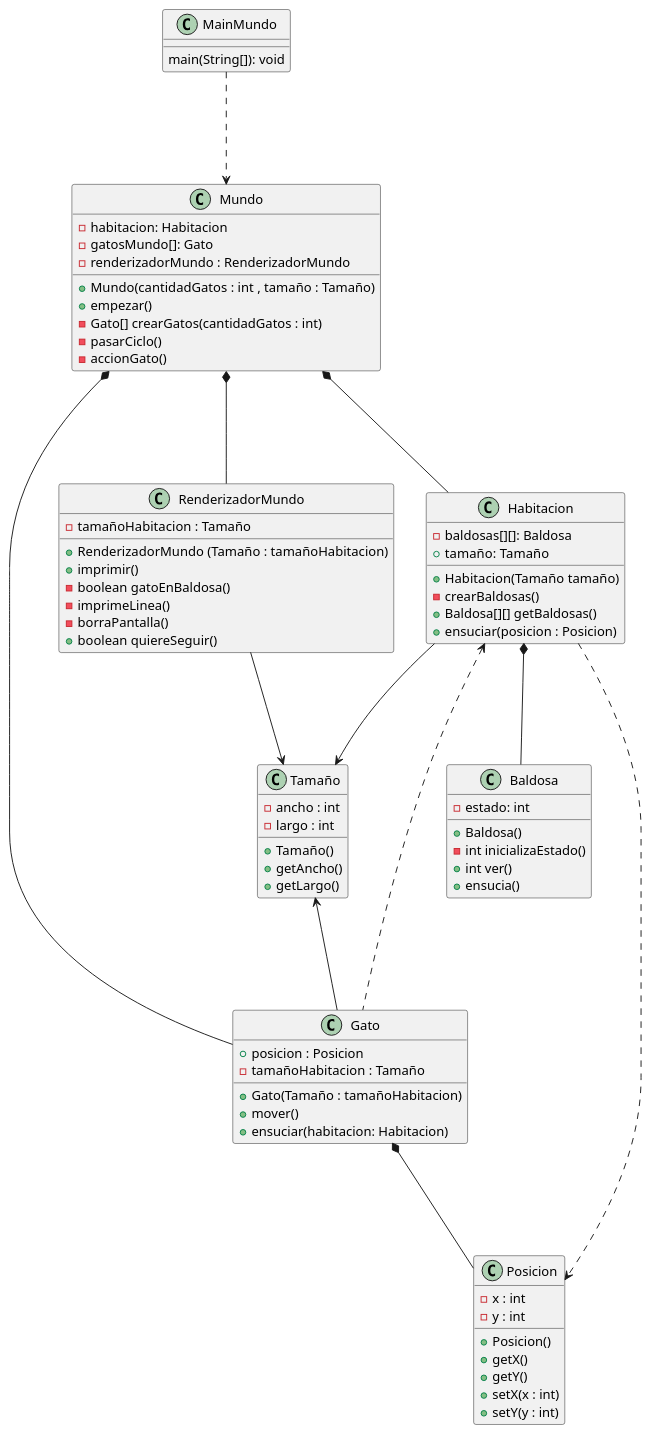
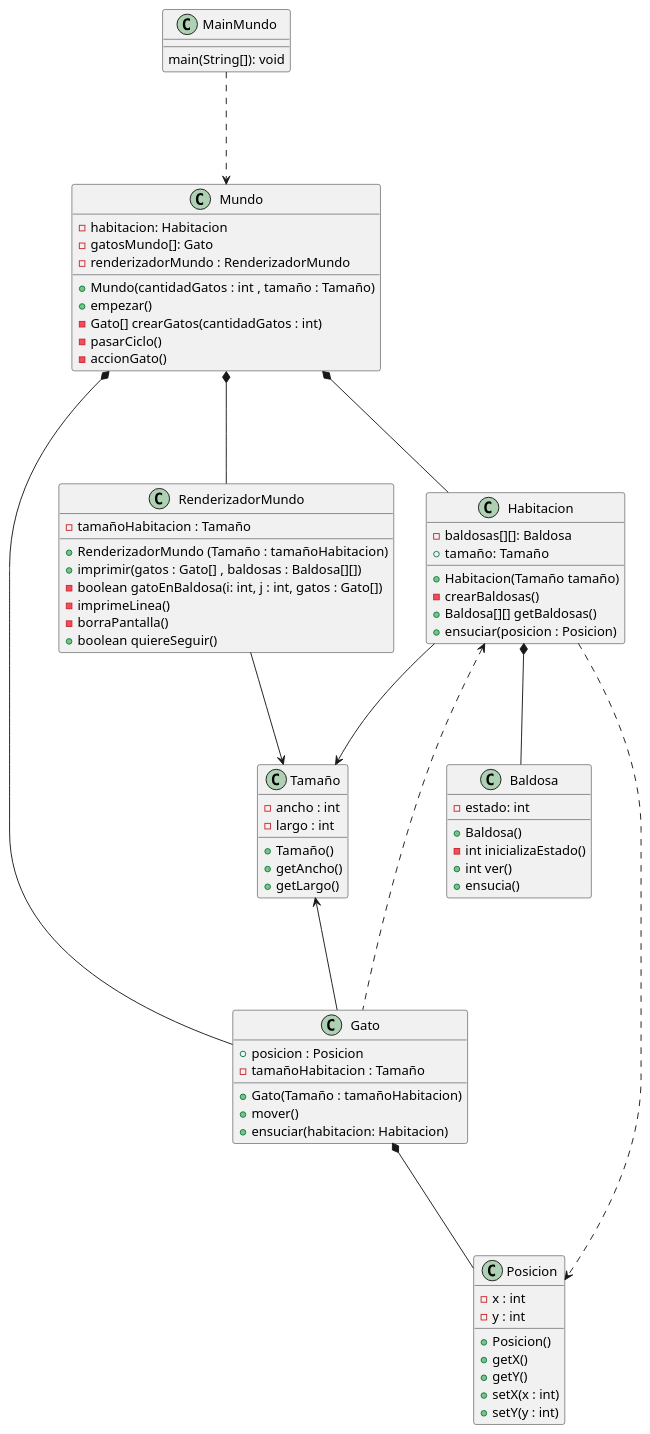
Before and after one commit to mmasias/theWorld: the diagram in mDominio/diagrmaClases.puml, drawn with PlantUML. The commit also changed 1 other file, not shown here.

Commit message:
Actualización diagrama clases

```diff
--- a/mDominio/diagrmaClases.puml
+++ b/mDominio/diagrmaClases.puml
@@ -1,98 +1,98 @@
 @startuml diagramaClases
 
 class Mundo{
 
     - habitacion: Habitacion
     - gatosMundo[]: Gato
     - renderizadorMundo : RenderizadorMundo
     + Mundo(cantidadGatos : int , tamaño : Tamaño)
     + empezar()
     -Gato[] crearGatos(cantidadGatos : int)
     -pasarCiclo()
     -accionGato()
 }
 
 class Habitacion{
 
     - baldosas[][]: Baldosa
     + tamaño: Tamaño
     + Habitacion(Tamaño tamaño)
     - crearBaldosas()
     + Baldosa[][] getBaldosas()
     + ensuciar(posicion : Posicion)
 }
 
 class Gato{
 
     + posicion : Posicion
     - tamañoHabitacion : Tamaño
     + Gato(Tamaño : tamañoHabitacion)
     + mover()
     + ensuciar(habitacion: Habitacion)
 
 }
 
 class Baldosa{
 
     - estado: int
     + Baldosa()
     - int inicializaEstado()
     + int ver()
     + ensucia()
 
 }
 
 class Tamaño{
     -ancho : int
     -largo : int
     +Tamaño()
     +getAncho()
     +getLargo()
 } 
 
 class Posicion{
     - x : int
     - y : int
     +Posicion()
     +getX()
     +getY()
     +setX(x : int)
     +setY(y : int)
 }
 
 class RenderizadorMundo{
 
     - tamañoHabitacion : Tamaño
     + RenderizadorMundo (Tamaño : tamañoHabitacion)
-    + imprimir()
-    -boolean gatoEnBaldosa()
+    + imprimir(gatos : Gato[] , baldosas : Baldosa[][])
+    -boolean gatoEnBaldosa(i: int, j : int, gatos : Gato[])
     -imprimeLinea()
     -borraPantalla()
     +boolean quiereSeguir()
 }
 
 class MainMundo{
 
     main(String[]): void
 }
 
 
 MainMundo ...> Mundo
 
 Mundo *--- Habitacion
 Mundo *--- Gato
 Mundo *--- RenderizadorMundo
 
 Habitacion *--- Baldosa 
 Habitacion <... Gato
 Habitacion ---> Tamaño
 Habitacion ...> Posicion
 
 
 Tamaño <--- Gato
 Gato *--- Posicion
 
 RenderizadorMundo ---> Tamaño
 
 
 @enduml
```
